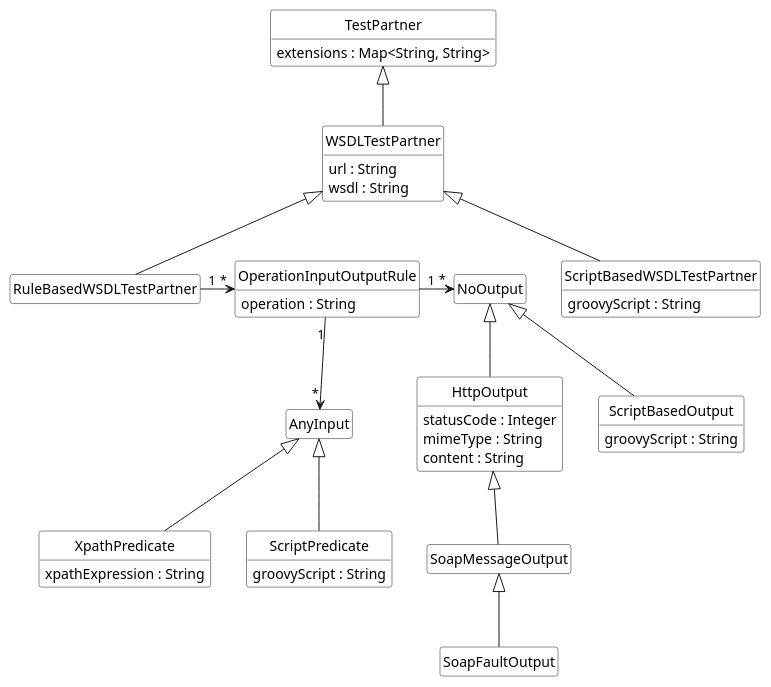
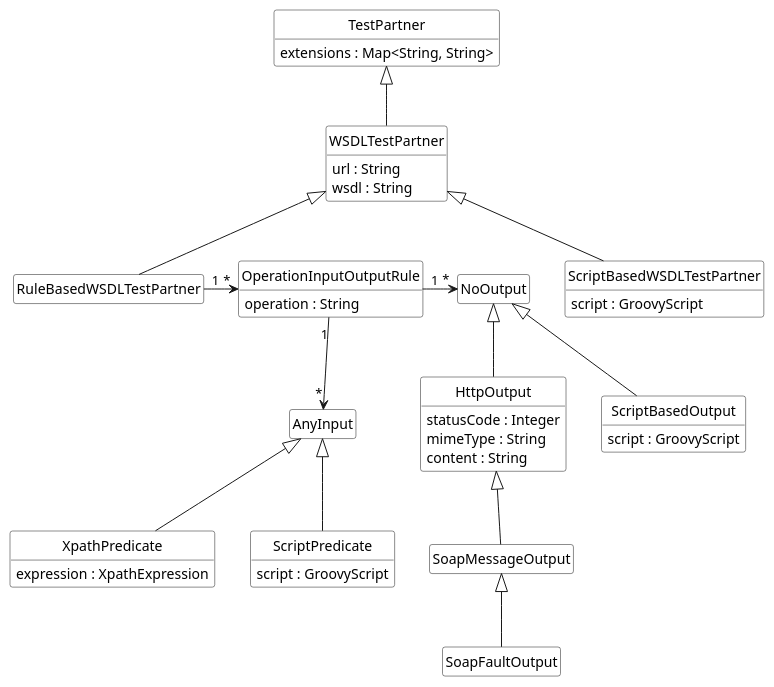
The diagram in pebl/doc/benchmark-test-partner.puml (uniba-dsg/betsy), drawn with PlantUML before and after one commit. The commit also changed 3 other files, not shown here.

Commit message:
use GroovyScript and XPathExpression as DDD classes.

```diff
--- a/pebl/doc/benchmark-test-partner.puml
+++ b/pebl/doc/benchmark-test-partner.puml
@@ -1,59 +1,59 @@
 @startuml
 
    class WSDLTestPartner extends TestPartner {
      url : String
      wsdl : String
    }
    class RuleBasedWSDLTestPartner extends WSDLTestPartner
    class ScriptBasedWSDLTestPartner extends WSDLTestPartner {
-     groovyScript : String
+     script : GroovyScript
    }
 
    class OperationInputOutputRule {
         operation : String
    }
 
 
 
    class AnyInput
    class XpathPredicate extends AnyInput {
-     xpathExpression : String
+     expression : XpathExpression
    }
    class ScriptPredicate extends AnyInput {
-      groovyScript : String
+      script : GroovyScript
    }
 
 
    class NoOutput
    class HttpOutput extends NoOutput {
        statusCode : Integer
        mimeType : String
        content : String
    }
    class SoapMessageOutput extends HttpOutput {
       }
    class SoapFaultOutput extends SoapMessageOutput
    class ScriptBasedOutput extends NoOutput {
-       groovyScript : String
+       script : GroovyScript
    }
 
 
 
 	class TestPartner {
 	 extensions : Map<String, String>
 	}
 
 
 RuleBasedWSDLTestPartner "1" -right-> "*" OperationInputOutputRule
 OperationInputOutputRule "1" -down-> "*" AnyInput
 OperationInputOutputRule "1" -right-> "*" NoOutput
 
 hide empty members
 hide empty methods
 hide circle
 
 skinparam monochrome true
 skinparam shadowing false
 skinparam packageStyle rect
 skinparam classBackgroundColor white
 @enduml
```
